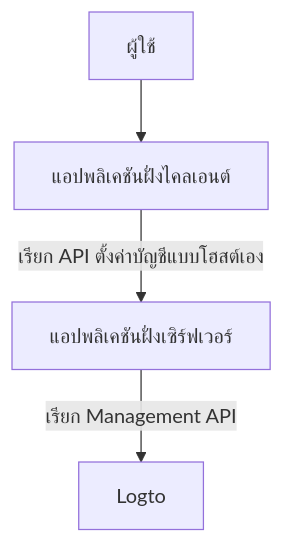
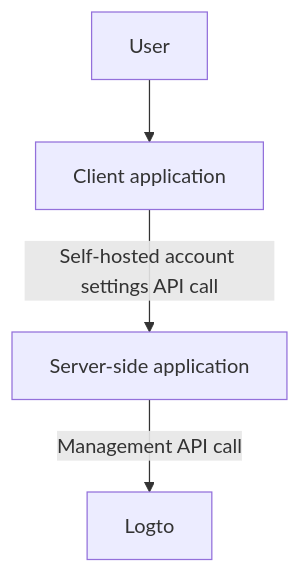
One commit to logto-io/docs changed the first of 3 diagrams in i18n/th/docusaurus-plugin-content-docs/current/end-user-flows/account-settings/by-management-api.mdx. Above: the diagram before and after it, drawn with Mermaid. The commit also changed other lines of this file and 102 other files, not shown here.

````diff
--- a/i18n/th/docusaurus-plugin-content-docs/current/end-user-flows/account-settings/by-management-api.mdx
+++ b/i18n/th/docusaurus-plugin-content-docs/current/end-user-flows/account-settings/by-management-api.mdx
@@ -13,6 +13,6 @@
 ```mermaid
   graph TB
-    A[ผู้ใช้] --> B[แอปพลิเคชันฝั่งไคลเอนต์]
-    B -->|เรียก API ตั้งค่าบัญชีแบบโฮสต์เอง|C[แอปพลิเคชันฝั่งเซิร์ฟเวอร์]
-    C -->|เรียก Management API| D[Logto]
+    A[User] --> B[Client application]
+    B -->|Self-hosted account settings API call|C[Server-side application]
+    C -->|Management API call| D[Logto]
 ```
````
